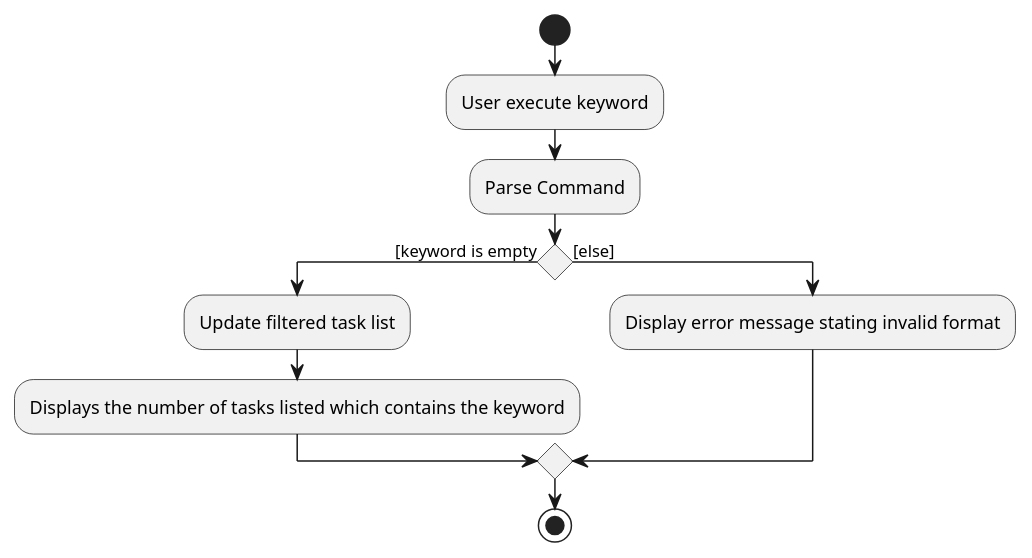
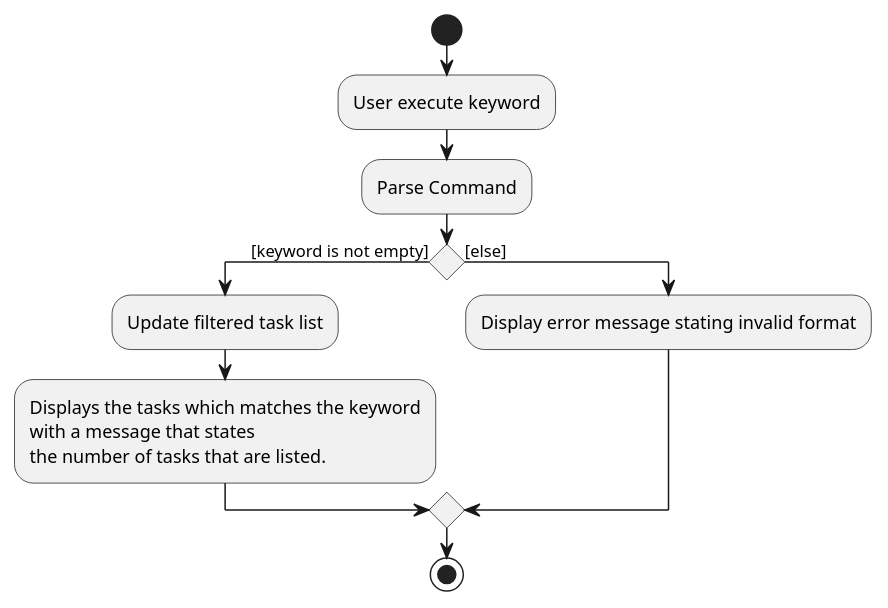
One commit to nus-cs2103-AY2223S1/tp changed the diagram in docs/diagrams/FindTasksActivityDiagram.puml. Above: the diagram before and after it, drawn with PlantUML. The commit also changed 11 other files, not shown here.

```diff
--- a/docs/diagrams/FindTasksActivityDiagram.puml
+++ b/docs/diagrams/FindTasksActivityDiagram.puml
@@ -1,16 +1,18 @@
 @startuml
 start
 :User execute keyword;
 :Parse Command;
-if () then ([keyword is empty)
+if () then ([keyword is not empty])
     :Update filtered task list;
-    :Displays the number of tasks listed which contains the keyword;
+    :Displays the tasks which matches the keyword
+    with a message that states
+    the number of tasks that are listed. ;
 
 else ([else])
   :Display error message stating invalid format;
 
 endif
 
 stop
 
 @enduml
```
